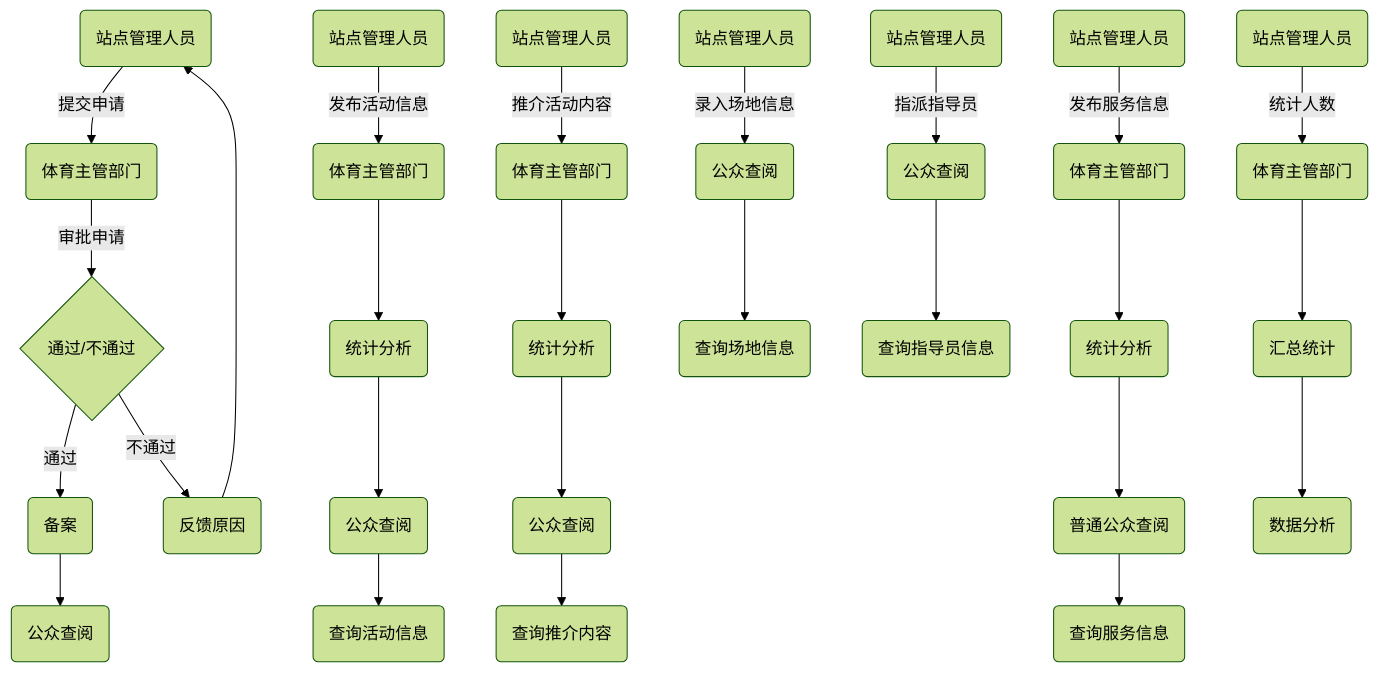
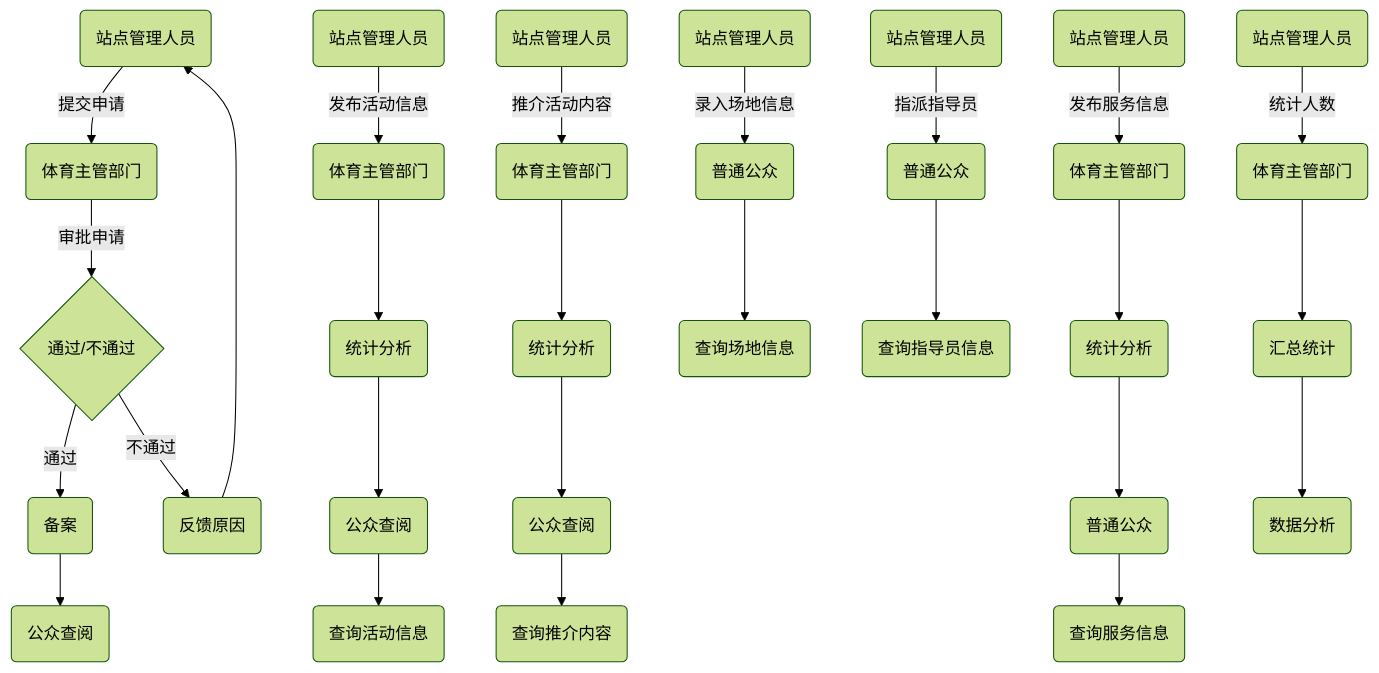
One commit to miaozjs/iodraw-files changed the diagram in all/未命名-1.md. Above: the diagram before and after it, drawn with Mermaid (forest theme).

Commit message:
2024-06-13 17:27:07 update

````diff
--- a/all/未命名-1.md
+++ b/all/未命名-1.md
@@ -1,35 +1,35 @@
 ```mermaid
 graph TD
     A1(站点管理人员) -->|提交申请| A2(体育主管部门)
     A2 -->|审批申请| A3{通过/不通过}
     A3 -->|通过| A4(备案)
     A3 -->|不通过| A5(反馈原因)
     A4 --> A6(公众查阅)
     A5 --> A1
 
     B1(站点管理人员) -->|发布活动信息| B2(体育主管部门)
     B2 --> B3(统计分析)
     B3 --> B4(公众查阅)
     B4 --> B5(查询活动信息)
 
     C1(站点管理人员) -->|推介活动内容| C2(体育主管部门)
     C2 --> C3(统计分析)
     C3 --> C4(公众查阅)
     C4 --> C5(查询推介内容)
 
     D1(站点管理人员) -->|发布服务信息| D2(体育主管部门)
     D2 --> D3(统计分析)
-    D3 --> D4(普通公众查阅)
+    D3 --> D4(普通公众)
     D4 --> D5(查询服务信息)
 
-    E1(站点管理人员) -->|录入场地信息| E4(公众查阅)
+    E1(站点管理人员) -->|录入场地信息| E4(普通公众)
     E4 --> E6(查询场地信息)
 
-    F1(站点管理人员) -->|指派指导员| F4(公众查阅)
+    F1(站点管理人员) -->|指派指导员| F4(普通公众)
     F4 --> F6(查询指导员信息)
 
     G1(站点管理人员) -->|统计人数| G2(体育主管部门)
     G2 --> G3(汇总统计)
     G3 --> G4(数据分析)
 
 ```
````
